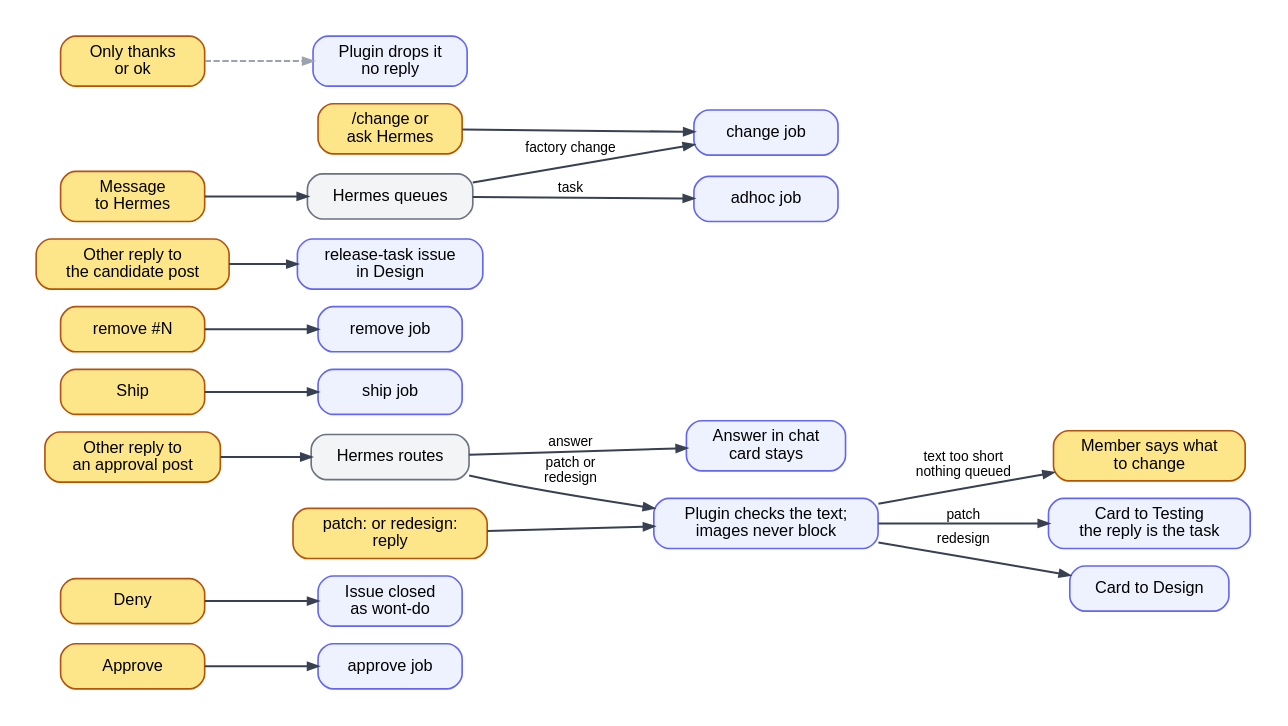
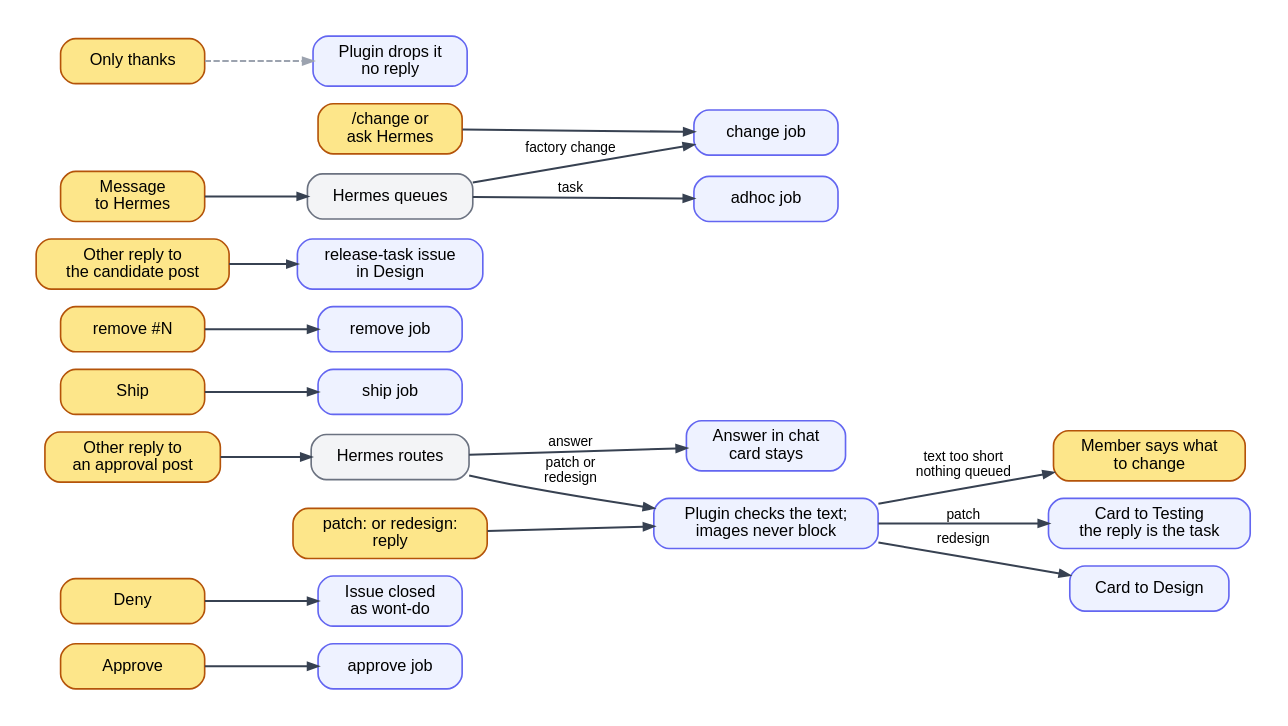
One commit to ROAM-game-org/road-machiners changed the diagram in factory/docs/diagrams/committee.dot. Above: the diagram before and after it, drawn with Graphviz. The commit also changed 5 other files, not shown here.

Commit message:
Only a bare thanks stops at the plugin, so a member's ok, emoji or blank message still reaches Hermes as a possible answer

```diff
--- a/factory/docs/diagrams/committee.dot
+++ b/factory/docs/diagrams/committee.dot
@@ -1,26 +1,26 @@
 // Committee inputs: what each Telegram action queues, and the job that runs it. Yellow: people. Grey: Hermes decides.
 digraph committee {
   rankdir=LR; nodesep=0.2; ranksep=0.7; bgcolor=white; pad=0.3;
   node [shape=box, style="rounded,filled", fillcolor="#eef2ff", color="#6366f1", fontname="Helvetica", fontsize=13, margin="0.2,0.08", penwidth=1.3, width=1.6];
   edge [color="#374151", penwidth=1.6, arrowsize=0.8, fontname="Helvetica", fontsize=11];
   node [fillcolor="#fde68a", color="#b45309"];
   approve [label="Approve"]; deny [label="Deny"]; reply [label="Other reply to\nan approval post"]; forced [label="patch: or redesign:\nreply"];
   ship [label="Ship"]; remove [label="remove #N"]; rtask [label="Other reply to\nthe candidate post"]; change [label="/change or\nask Hermes"]; ask [label="Message\nto Hermes"];
-  bare [label="Only thanks\nor ok"];
+  bare [label="Only thanks"];
   member [label="Member says what\nto change"];
   node [fillcolor="#f3f4f6", color="#6b7280"];
   hermes [label="Hermes routes"]; hermes2 [label="Hermes queues"];
   node [fillcolor="#eef2ff", color="#6366f1"];
   ready [label="Plugin checks the text;\nimages never block"];
   node [fillcolor="#eef2ff", color="#6366f1"];
   approveJob [label="approve job"]; closed [label="Issue closed\nas wont-do"]; answer [label="Answer in chat\ncard stays"];
   patchJob [label="Card to Testing\nthe reply is the task"]; design [label="Card to Design"]; shipJob [label="ship job"]; removeJob [label="remove job"];
   newTask [label="release-task issue\nin Design"]; changeJob [label="change job"]; adhocJob [label="adhoc job"];
   quiet [label="Plugin drops it\nno reply"];
   approve -> approveJob; deny -> closed;
   reply -> hermes; hermes -> answer [label="answer"]; hermes -> ready [label="patch or\nredesign"];
   forced -> ready; ready -> patchJob [label="patch"]; ready -> design [label="redesign"]; ready -> member [label="text too short\nnothing queued"];
   ship -> shipJob; remove -> removeJob; rtask -> newTask;
   change -> changeJob; ask -> hermes2; hermes2 -> adhocJob [label="task"]; hermes2 -> changeJob [label="factory change"];
   bare -> quiet [style=dashed, color="#9ca3af"];
 }
```
